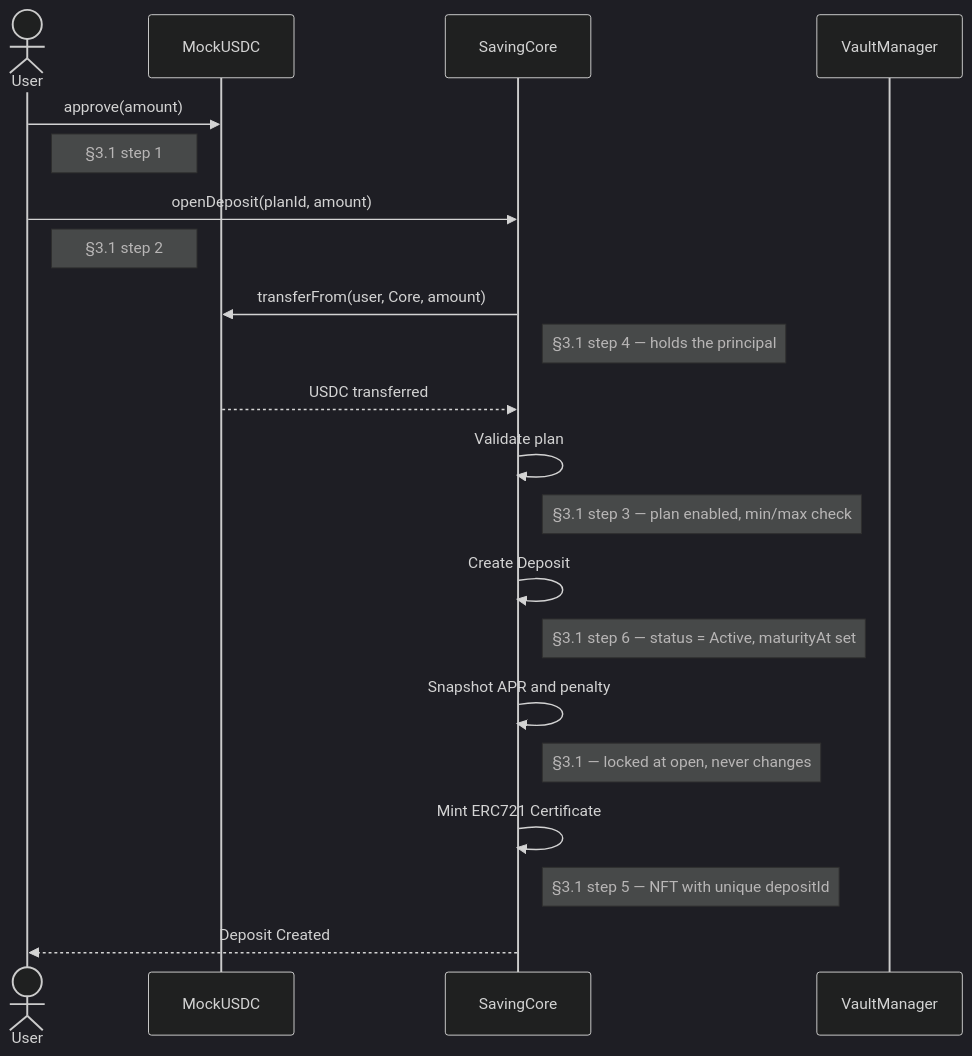
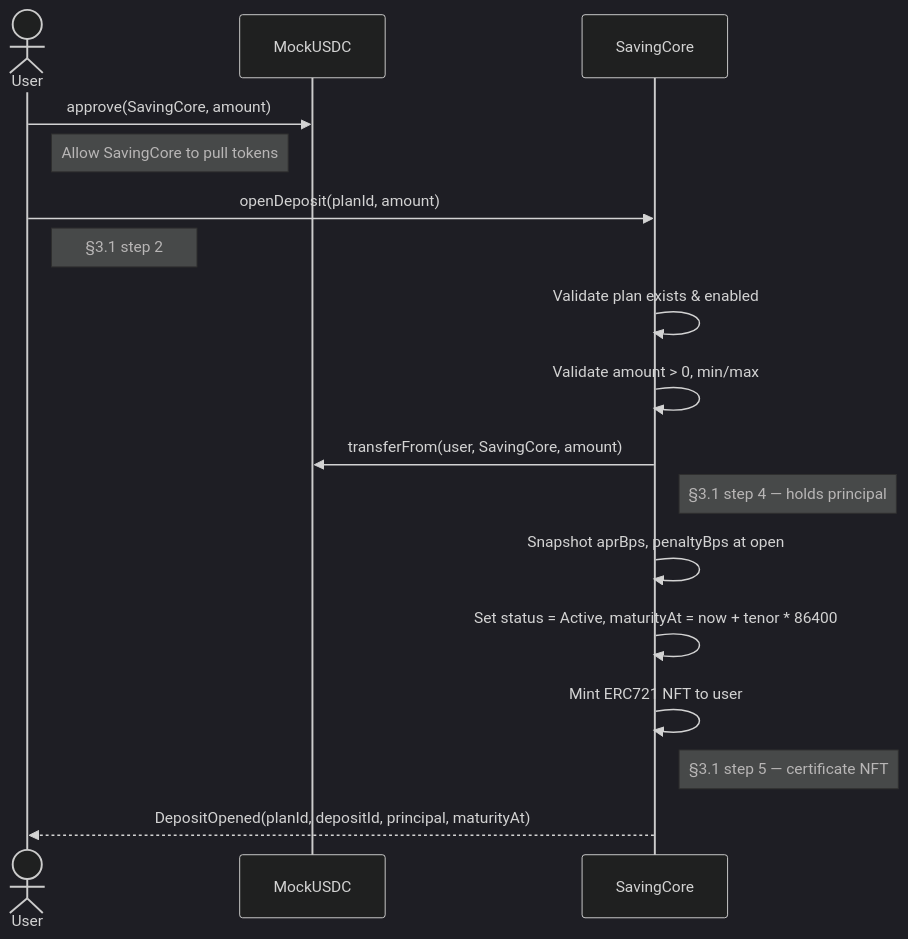
One commit to yang-sin-pal/AC_BlockChain_Online_Saving changed the first of 14 diagrams in docs/diagrams/sequence-diagram.md. Above: the diagram before and after it, drawn with Mermaid (dark theme). The commit also changed other lines of this file and 2 other files, not shown here.

First line of the commit message:
Enhance sequence and use case diagrams for Online Saving System

````diff
--- a/docs/diagrams/sequence-diagram.md
+++ b/docs/diagrams/sequence-diagram.md
@@ -9,31 +9,25 @@
 ```mermaid
 sequenceDiagram
     actor User
     participant USDC as MockUSDC
     participant Core as SavingCore
-    participant Vault as VaultManager
 
-    User->>USDC: approve(amount)
-    Note right of User: §3.1 step 1
+    User->>USDC: approve(SavingCore, amount)
+    Note right of User: Allow SavingCore to pull tokens
 
     User->>Core: openDeposit(planId, amount)
     Note right of User: §3.1 step 2
 
-    Core->>USDC: transferFrom(user, Core, amount)
-    Note right of Core: §3.1 step 4 — holds the principal
-    USDC-->>Core: USDC transferred
+    Core->>Core: Validate plan exists & enabled
+    Core->>Core: Validate amount > 0, min/max
 
-    Core->>Core: Validate plan
-    Note right of Core: §3.1 step 3 — plan enabled, min/max check
+    Core->>USDC: transferFrom(user, SavingCore, amount)
+    Note right of Core: §3.1 step 4 — holds principal
 
-    Core->>Core: Create Deposit
-    Note right of Core: §3.1 step 6 — status = Active, maturityAt set
+    Core->>Core: Snapshot aprBps, penaltyBps at open
+    Core->>Core: Set status = Active, maturityAt = now + tenor * 86400
+    Core->>Core: Mint ERC721 NFT to user
+    Note right of Core: §3.1 step 5 — certificate NFT
 
-    Core->>Core: Snapshot APR and penalty
-    Note right of Core: §3.1 — locked at open, never changes
-
-    Core->>Core: Mint ERC721 Certificate
-    Note right of Core: §3.1 step 5 — NFT with unique depositId
-
-    Core-->>User: Deposit Created
+    Core-->>User: DepositOpened(planId, depositId, principal, maturityAt)
 ```
````
